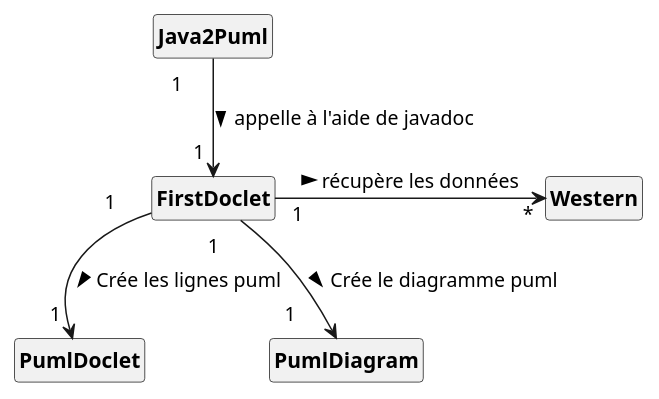
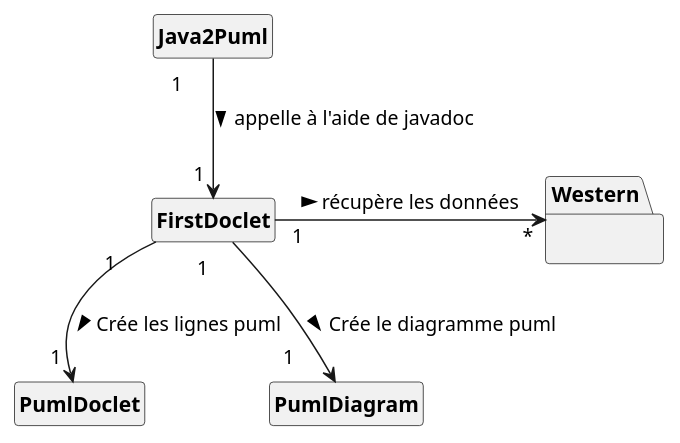
One commit to yassinkioua/Projet-PumlFromJava changed the diagram in uml/DCA_Doclet.puml. Above: the diagram before and after it, drawn with PlantUML. The commit also changed 6 other files, not shown here.

```diff
--- a/uml/DCA_Doclet.puml
+++ b/uml/DCA_Doclet.puml
@@ -1,22 +1,22 @@
 @startuml
 'https://plantuml.com/class-diagram
 skinparam classAttributeIconSize 0
 skinparam classFontStyle Bold
 skinparam style strictuml
 hide empty members
 
 class FirstDoclet
-class Western
+package Western{}
 class Java2Puml
 class PumlDoclet
 class PumlDiagram
 
 
 FirstDoclet " 1\t" -> "\t*" Western : récupère les données >
 Java2Puml " 1\t" --> "\t1" FirstDoclet : appelle à l'aide de javadoc >
 FirstDoclet " 1\t" --> "\t1" PumlDoclet : Crée les lignes puml >
 FirstDoclet  " 1\t" --> "1\t" PumlDiagram : Crée le diagramme puml >
 
 
 
 @enduml
```
